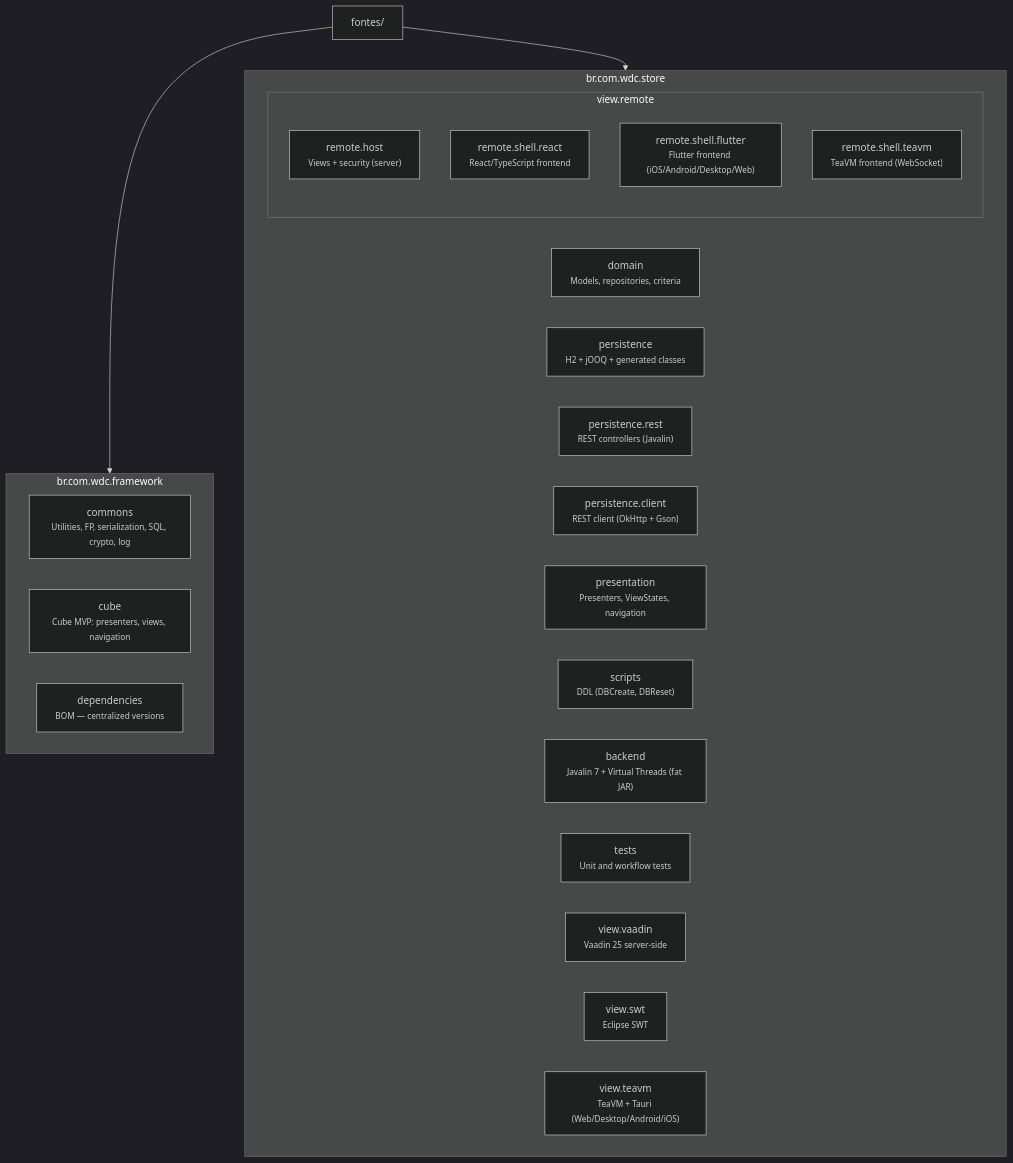
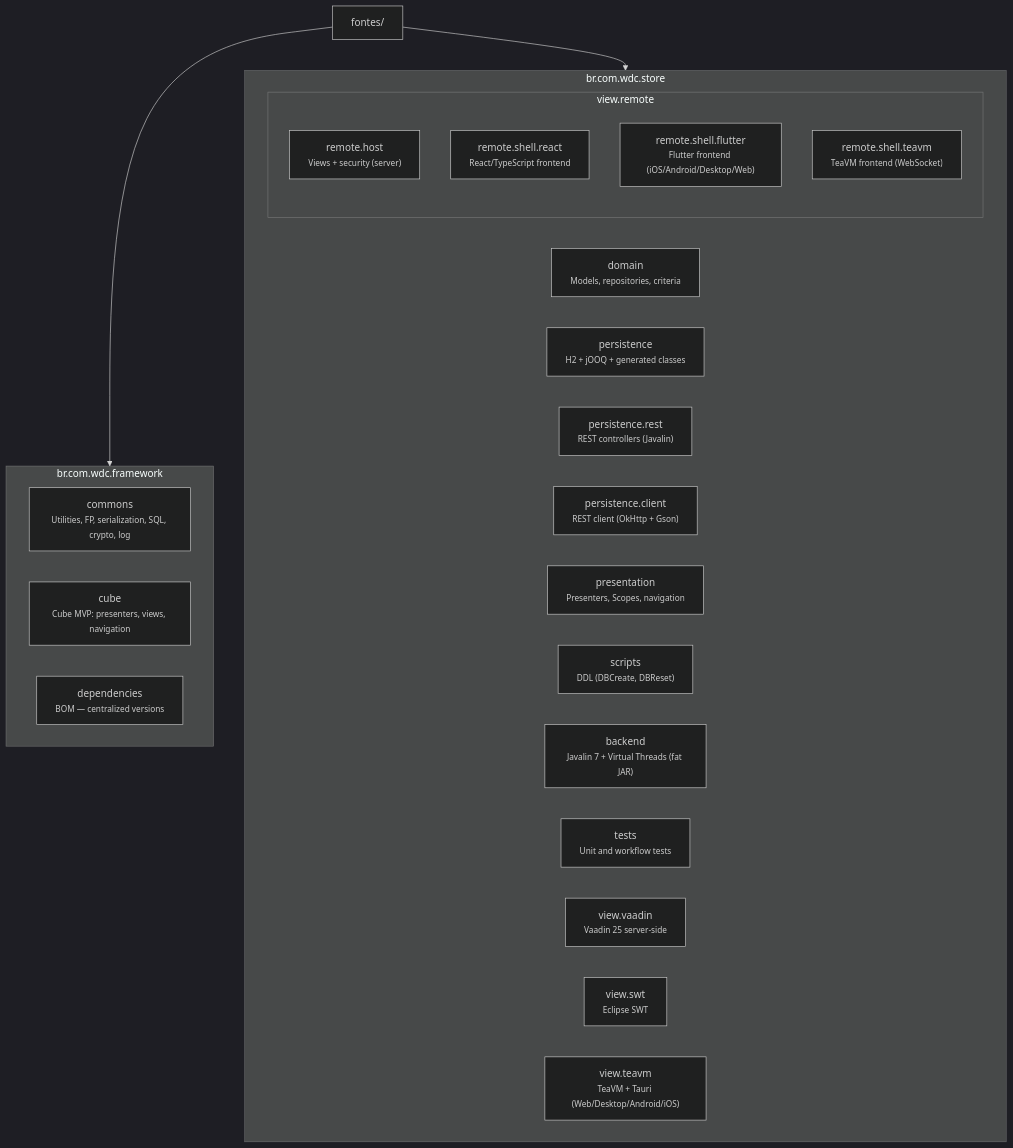
One commit to mrcdom/wdc-cube-java-v2 changed the second of 3 diagrams in README.md. Above: the diagram before and after it, drawn with Mermaid (dark theme). The commit also changed other lines of this file and 50 other files, not shown here.

````diff
--- a/README.md
+++ b/README.md
@@ -59,35 +59,35 @@
 ```mermaid
 graph TD
     fontes["fontes/"]
 
     subgraph Framework["br.com.wdc.framework"]
         commons["commons<br/><small>Utilities, FP, serialization, SQL, crypto, log</small>"]
         cube["cube<br/><small>Cube MVP: presenters, views, navigation</small>"]
         deps["dependencies<br/><small>BOM — centralized versions</small>"]
     end
 
     subgraph Store["br.com.wdc.store"]
         domain["domain<br/><small>Models, repositories, criteria</small>"]
         persistence["persistence<br/><small>H2 + jOOQ + generated classes</small>"]
         persistRest["persistence.rest<br/><small>REST controllers (Javalin)</small>"]
         persistClient["persistence.client<br/><small>REST client (OkHttp + Gson)</small>"]
-        presentation["presentation<br/><small>Presenters, ViewStates, navigation</small>"]
+        presentation["presentation<br/><small>Presenters, Scopes, navigation</small>"]
         scripts["scripts<br/><small>DDL (DBCreate, DBReset)</small>"]
         backend["backend<br/><small>Javalin 7 + Virtual Threads (fat JAR)</small>"]
         tests["tests<br/><small>Unit and workflow tests</small>"]
 
         subgraph ViewReact["view.remote"]
             reactHost["remote.host<br/><small>Views + security (server)</small>"]
             reactShellReact["remote.shell.react<br/><small>React/TypeScript frontend</small>"]
             reactShellFlutter["remote.shell.flutter<br/><small>Flutter frontend (iOS/Android/Desktop/Web)</small>"]
             reactShellTeavm["remote.shell.teavm<br/><small>TeaVM frontend (WebSocket)</small>"]
         end
 
         viewVaadin["view.vaadin<br/><small>Vaadin 25 server-side</small>"]
         viewSwt["view.swt<br/><small>Eclipse SWT</small>"]
         viewTeavm["view.teavm<br/><small>TeaVM + Tauri (Web/Desktop/Android/iOS)</small>"]
     end
 
     fontes --> Framework
     fontes --> Store
 ```
````
